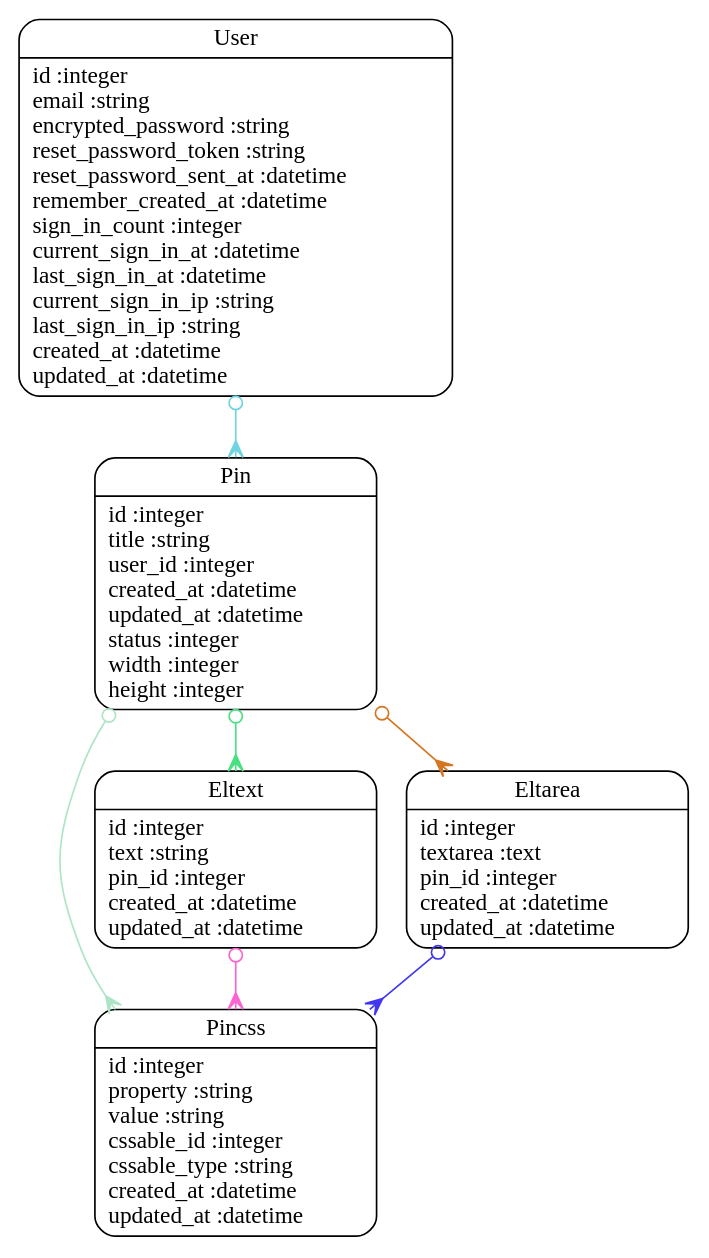
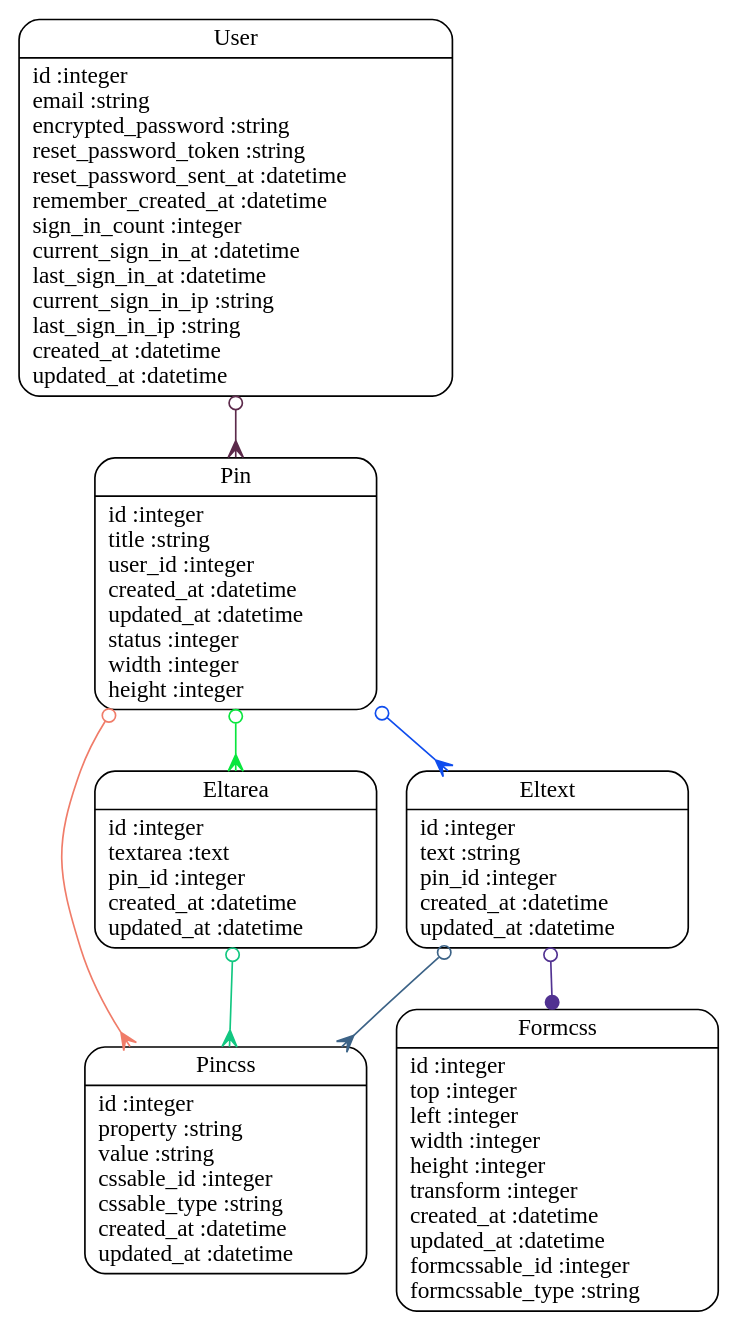
The diagram in models.dot (aslan-it/pindexme), drawn with Graphviz before and after one commit. The commit also changed 14 other files, not shown here.

```diff
--- a/models.dot
+++ b/models.dot
@@ -1,14 +1,16 @@
 digraph models_diagram {
 	graph[overlap=false, splines=true]
+	"Formcss" [shape=Mrecord, label="{Formcss|id :integer\ltop :integer\lleft :integer\lwidth :integer\lheight :integer\ltransform :integer\lcreated_at :datetime\lupdated_at :datetime\lformcssable_id :integer\lformcssable_type :string\l}"]
 	"Pincss" [shape=Mrecord, label="{Pincss|id :integer\lproperty :string\lvalue :string\lcssable_id :integer\lcssable_type :string\lcreated_at :datetime\lupdated_at :datetime\l}"]
 	"Eltext" [shape=Mrecord, label="{Eltext|id :integer\ltext :string\lpin_id :integer\lcreated_at :datetime\lupdated_at :datetime\l}"]
 	"Pin" [shape=Mrecord, label="{Pin|id :integer\ltitle :string\luser_id :integer\lcreated_at :datetime\lupdated_at :datetime\lstatus :integer\lwidth :integer\lheight :integer\l}"]
 	"User" [shape=Mrecord, label="{User|id :integer\lemail :string\lencrypted_password :string\lreset_password_token :string\lreset_password_sent_at :datetime\lremember_created_at :datetime\lsign_in_count :integer\lcurrent_sign_in_at :datetime\llast_sign_in_at :datetime\lcurrent_sign_in_ip :string\llast_sign_in_ip :string\lcreated_at :datetime\lupdated_at :datetime\l}"]
 	"Eltarea" [shape=Mrecord, label="{Eltarea|id :integer\ltextarea :text\lpin_id :integer\lcreated_at :datetime\lupdated_at :datetime\l}"]
-	"Eltext" -> "Pincss" [arrowtail=odot, arrowhead=crow, dir=both color="#FC65D1"]
-	"Pin" -> "Eltext" [arrowtail=odot, arrowhead=crow, dir=both color="#4ADF80"]
-	"Pin" -> "Eltarea" [arrowtail=odot, arrowhead=crow, dir=both color="#D47522"]
-	"Pin" -> "Pincss" [arrowtail=odot, arrowhead=crow, dir=both color="#AEE5C7"]
-	"User" -> "Pin" [arrowtail=odot, arrowhead=crow, dir=both color="#6FD4DF"]
-	"Eltarea" -> "Pincss" [arrowtail=odot, arrowhead=crow, dir=both color="#4137F0"]
+	"Eltext" -> "Formcss" [arrowtail=odot, arrowhead=dot, dir=both color="#513291"]
+	"Eltext" -> "Pincss" [arrowtail=odot, arrowhead=crow, dir=both color="#3C6387"]
+	"Pin" -> "Eltext" [arrowtail=odot, arrowhead=crow, dir=both color="#0F4DEE"]
+	"Pin" -> "Eltarea" [arrowtail=odot, arrowhead=crow, dir=both color="#0AE63E"]
+	"Pin" -> "Pincss" [arrowtail=odot, arrowhead=crow, dir=both color="#F07C69"]
+	"User" -> "Pin" [arrowtail=odot, arrowhead=crow, dir=both color="#5C2A4B"]
+	"Eltarea" -> "Pincss" [arrowtail=odot, arrowhead=crow, dir=both color="#12C781"]
 }
```
